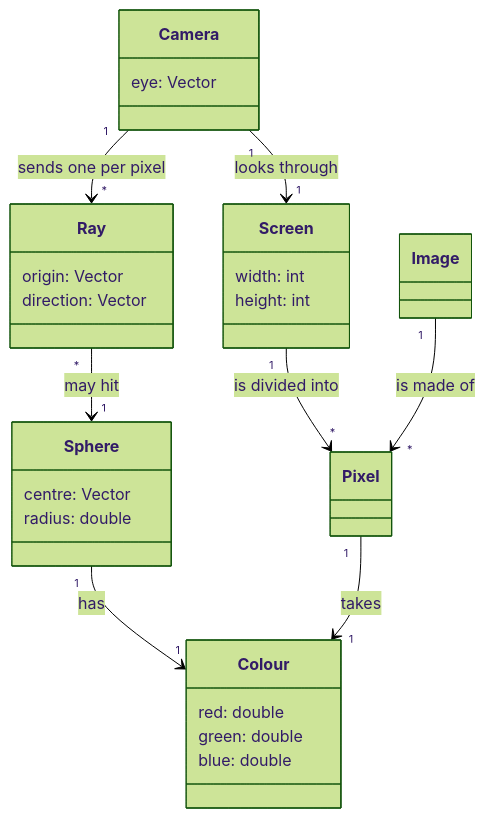
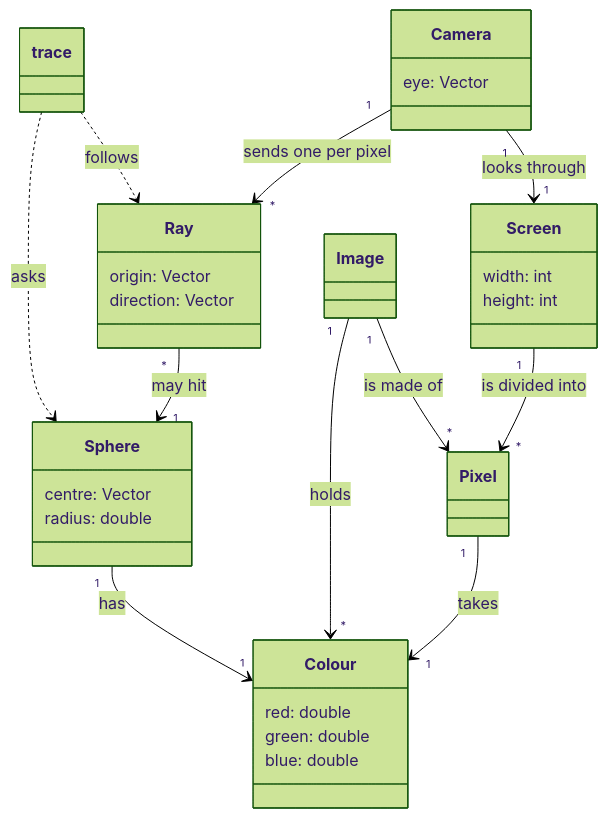
Before and after one commit to Makhtar99/Raytracing: the diagram in docs/domain/domain-model.md, drawn with Mermaid (forest theme). The commit also changed other lines of this file and 1 other file, not shown here.

Commit message:
Colour ADR and domain model

````diff
--- a/docs/domain/domain-model.md
+++ b/docs/domain/domain-model.md
@@ -7,30 +7,33 @@
 ```mermaid
 classDiagram
     Camera "1" --> "1" Screen : looks through
     Screen "1" --> "*" Pixel : is divided into
     Camera "1" --> "*" Ray : sends one per pixel
     Ray "*" --> "1" Sphere : may hit
     Sphere "1" --> "1" Colour : has
     Pixel "1" --> "1" Colour : takes
     Image "1" --> "*" Pixel : is made of
+    Image "1" --> "*" Colour : holds
+    trace ..> Ray : follows
+    trace ..> Sphere : asks
     class Camera {
         eye: Vector
     }
     class Screen {
         width: int
         height: int
     }
     class Ray {
         origin: Vector
         direction: Vector
     }
     class Sphere {
         centre: Vector
         radius: double
     }
     class Colour {
         red: double
         green: double
         blue: double
     }
 ```
````
